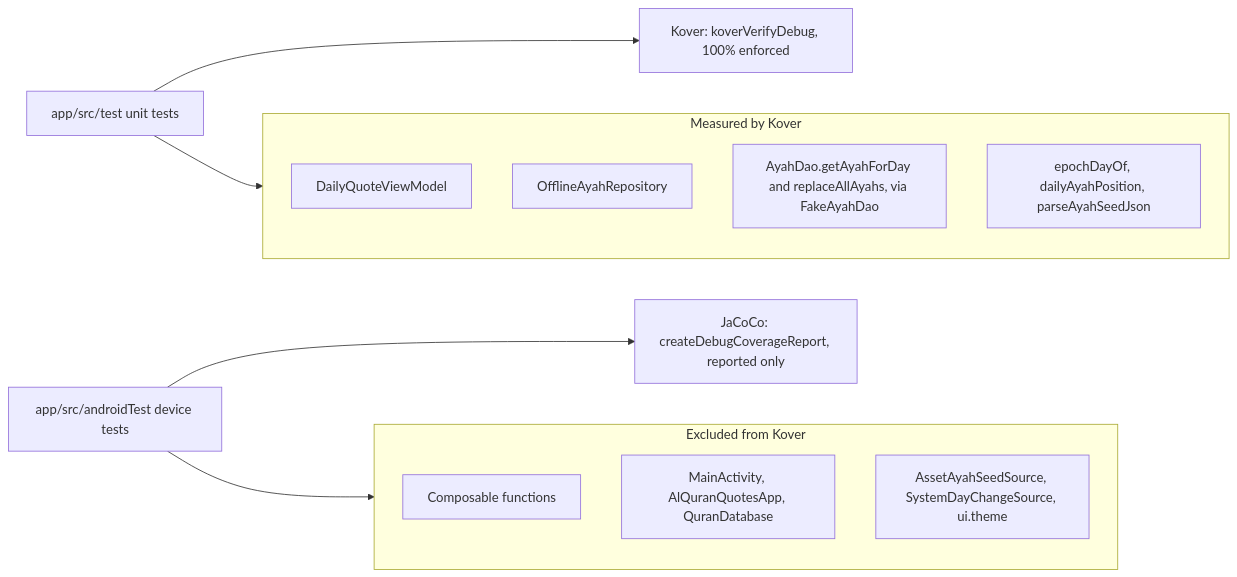
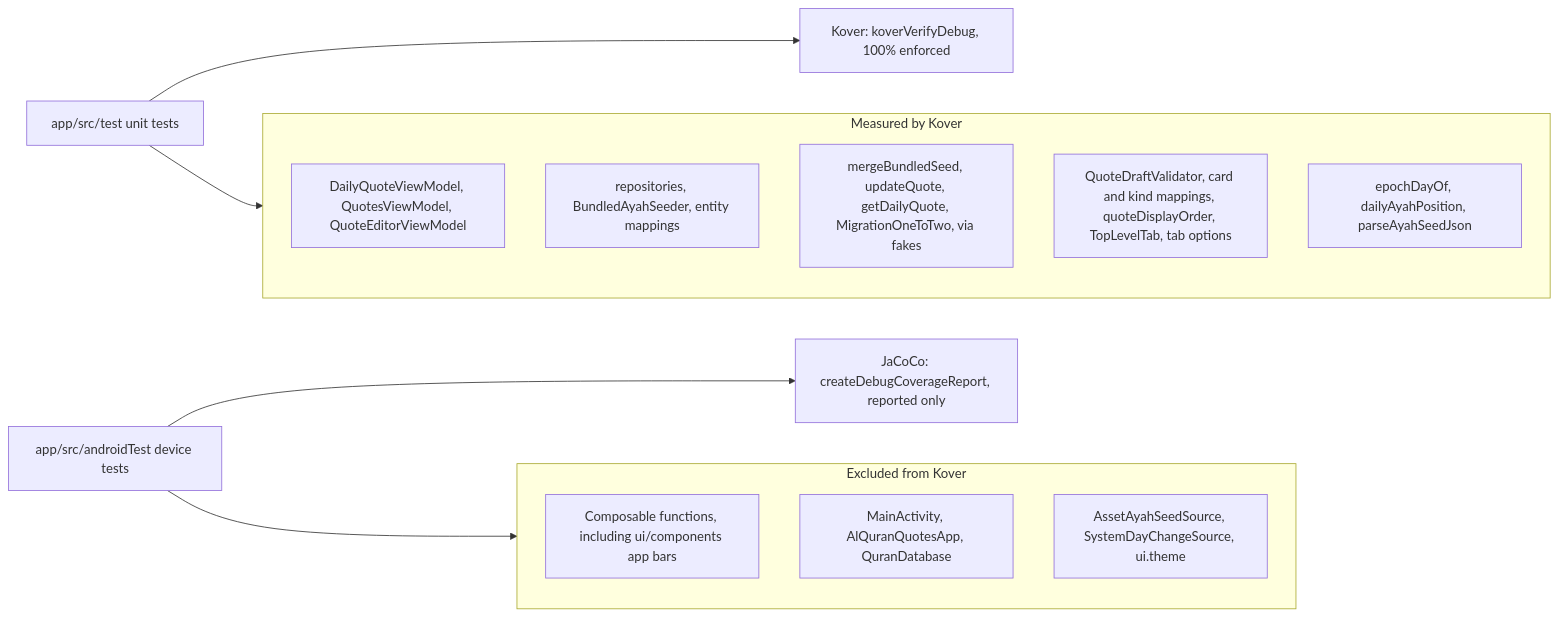
Before and after one commit to shibbirweb/al-quran-quotes-android: the second of 2 diagrams in docs/Developer-Testing-And-Coverage.md, drawn with Mermaid. The commit also changed other lines of this file and 206 other files, not shown here.

First line of the commit message:
feat: add bottom navigation, quote CRUD with editable bundled ayahs, and a Room schema history check

````diff
--- a/docs/Developer-Testing-And-Coverage.md
+++ b/docs/Developer-Testing-And-Coverage.md
@@ -77,22 +125,23 @@
 ```mermaid
 flowchart LR
     subgraph JvmCode["Measured by Kover"]
-        ViewModel["DailyQuoteViewModel"]
-        Repository["OfflineAyahRepository"]
-        DaoLogic["AyahDao.getAyahForDay and replaceAllAyahs, via FakeAyahDao"]
+        ViewModels["DailyQuoteViewModel, QuotesViewModel, QuoteEditorViewModel"]
+        Data["repositories, BundledAyahSeeder, entity mappings"]
+        DaoLogic["mergeBundledSeed, updateQuote, getDailyQuote, MigrationOneToTwo, via fakes"]
+        Rules["QuoteDraftValidator, card and kind mappings, quoteDisplayOrder, TopLevelTab, tab options"]
         Pure["epochDayOf, dailyAyahPosition, parseAyahSeedJson"]
     end
     subgraph AndroidCode["Excluded from Kover"]
-        Composables["Composable functions"]
+        Composables["Composable functions, including ui/components app bars"]
         AppClasses["MainActivity, AlQuranQuotesApp, QuranDatabase"]
         SystemClasses["AssetAyahSeedSource, SystemDayChangeSource, ui.theme"]
     end
     UnitTests["app/src/test unit tests"]
     DeviceTests["app/src/androidTest device tests"]
     Kover["Kover: koverVerifyDebug, 100% enforced"]
     Jacoco["JaCoCo: createDebugCoverageReport, reported only"]
     UnitTests --> JvmCode
     DeviceTests --> AndroidCode
     UnitTests --> Kover
     DeviceTests --> Jacoco
 ```
````
